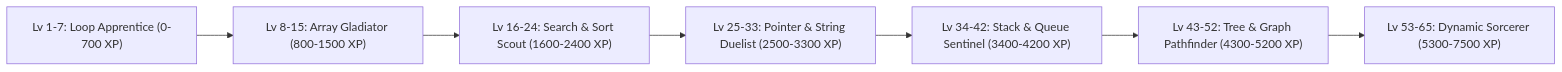
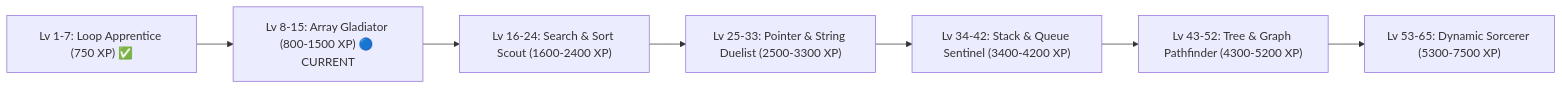
The diagram in README.md (priyanshnihalani/DSA), drawn with Mermaid before and after one commit. The commit also changed other lines of this file and 12 other files, not shown here.

Commit message:
roadmap, recursion added

````diff
--- a/README.md
+++ b/README.md
@@ -19,9 +20,9 @@
 ```mermaid
 flowchart LR
-    A["Lv 1-7: Loop Apprentice (0-700 XP)"] --> B["Lv 8-15: Array Gladiator (800-1500 XP)"]
+    A["Lv 1-7: Loop Apprentice (750 XP) ✅"] --> B["Lv 8-15: Array Gladiator (800-1500 XP) 🔵 CURRENT"]
     B --> C["Lv 16-24: Search & Sort Scout (1600-2400 XP)"]
     C --> D["Lv 25-33: Pointer & String Duelist (2500-3300 XP)"]
     D --> E["Lv 34-42: Stack & Queue Sentinel (3400-4200 XP)"]
     E --> F["Lv 43-52: Tree & Graph Pathfinder (4300-5200 XP)"]
     F --> G["Lv 53-65: Dynamic Sorcerer (5300-7500 XP)"]
 ```
````
